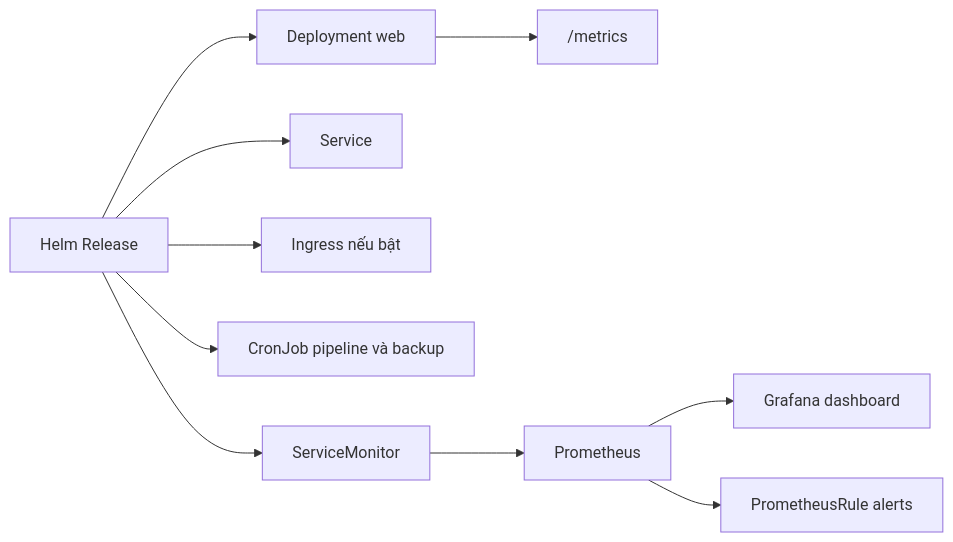
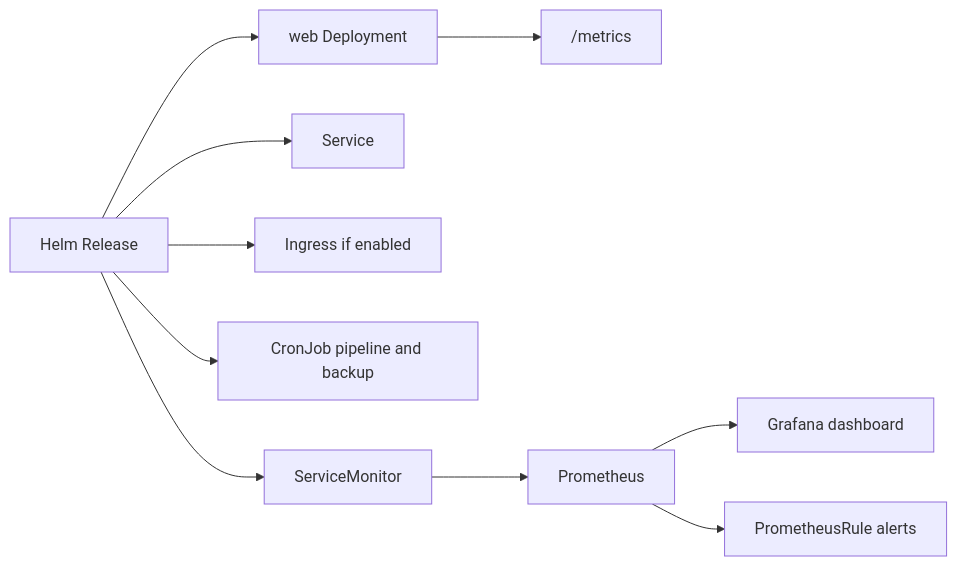
Before and after one commit to thtrangnu/PERSONAL-FINANCE-MANAGEMENT-SYSTEM: the fourth of 5 diagrams in docs/architecture/system-flow.md, drawn with Mermaid. The commit also changed other lines of this file and 9 other files, not shown here.

````diff
--- a/docs/architecture/system-flow.md
+++ b/docs/architecture/system-flow.md
@@ -50,12 +50,12 @@
 ```mermaid
 flowchart LR
-    Helm["Helm Release"] --> Deploy["Deployment web"]
+    Helm["Helm Release"] --> Deploy["web Deployment"]
     Helm --> Service["Service"]
-    Helm --> Ingress["Ingress nếu bật"]
-    Helm --> Cron["CronJob pipeline và backup"]
+    Helm --> Ingress["Ingress if enabled"]
+    Helm --> Cron["CronJob pipeline and backup"]
     Helm --> Monitor["ServiceMonitor"]
     Deploy --> Metrics["/metrics"]
     Monitor --> Prometheus["Prometheus"]
     Prometheus --> Grafana["Grafana dashboard"]
     Prometheus --> Alerts["PrometheusRule alerts"]
 ```
````
